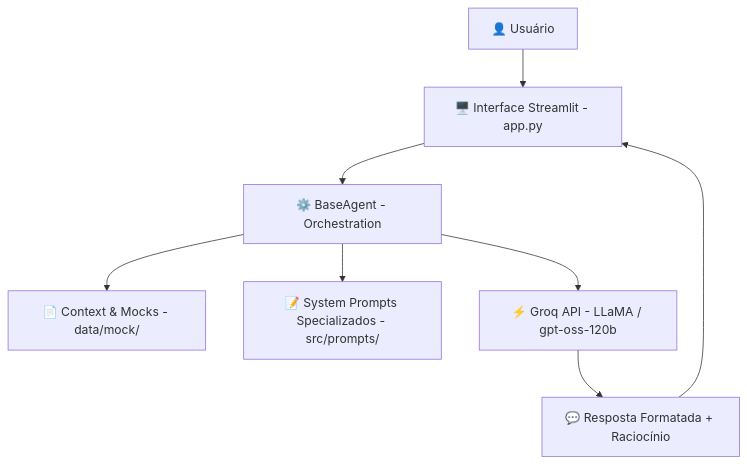
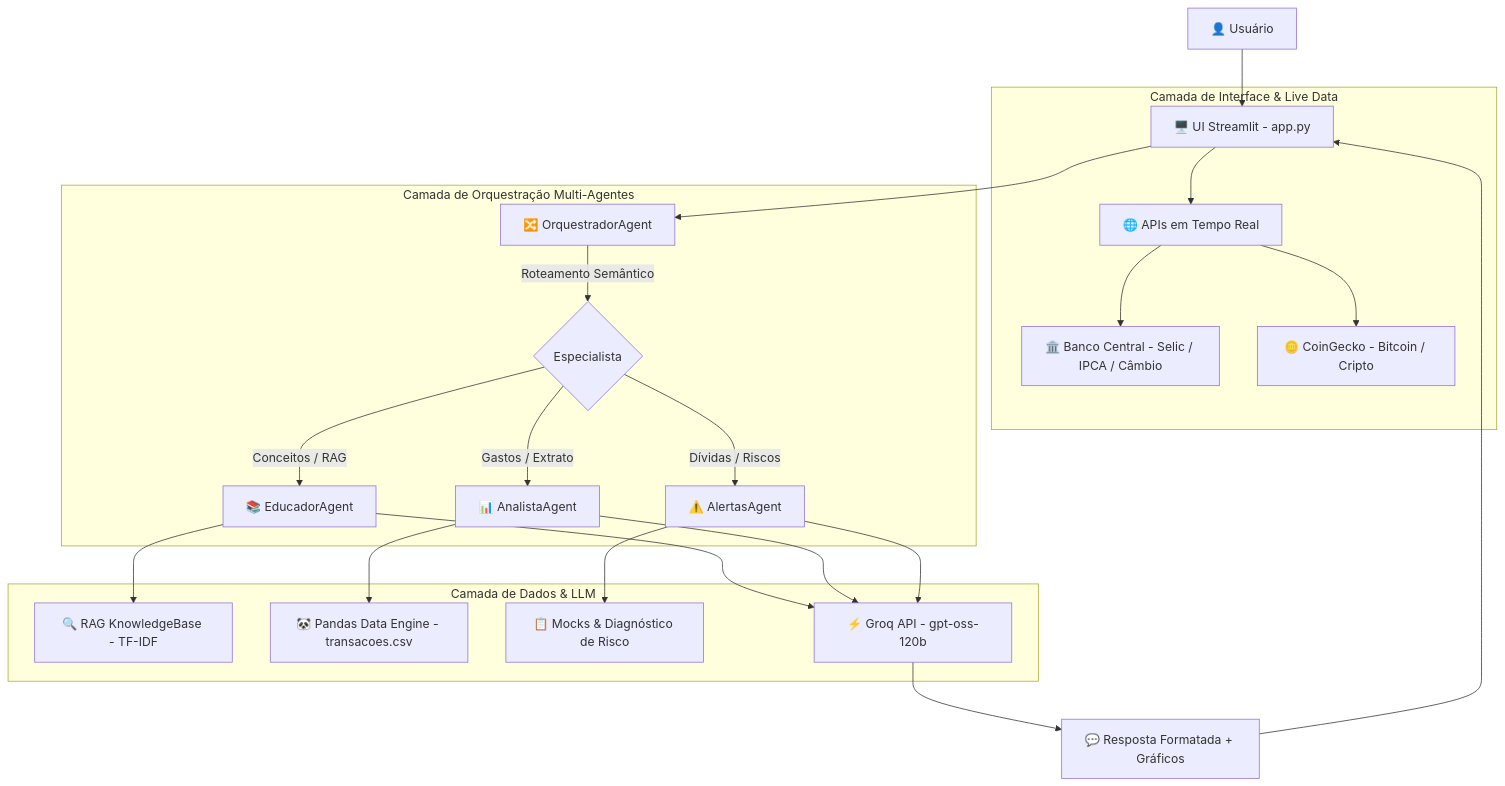
One commit to FlyingHigh520741/rex-agente-financeiro changed the diagram in README.md. Above: the diagram before and after it, drawn with Mermaid. The commit also changed other lines of this file and 10 other files, not shown here.

Commit message:
feat: complete multi-agent architecture with RAG, live economic APIs, and financial analysis

````diff
--- a/README.md
+++ b/README.md
@@ -23,10 +33,30 @@
 ```mermaid
 flowchart TD
-    A[👤 Usuário] --> B[🖥️ Interface Streamlit - app.py]
-    B --> C[⚙️ BaseAgent - Orchestration]
-    C --> D[📄 Context & Mocks - data/mock/]
-    C --> E[📝 System Prompts Specializados - src/prompts/]
-    C --> F[⚡ Groq API - LLaMA / gpt-oss-120b]
-    F --> G[💬 Resposta Formatada + Raciocínio]
-    G --> B
+    A[👤 Usuário] --> B[🖥️ UI Streamlit - app.py]
+    
+    subgraph "Camada de Interface & Live Data"
+        B --> C[🌐 APIs em Tempo Real]
+        C --> C1[🏛️ Banco Central - Selic / IPCA / Câmbio]
+        C --> C2[🪙 CoinGecko - Bitcoin / Cripto]
+    end
+
+    subgraph "Camada de Orquestração Multi-Agentes"
+        B --> D[🔀 OrquestradorAgent]
+        D -->|Roteamento Semântico| E{Especialista}
+        
+        E -->|Conceitos / RAG| F[📚 EducadorAgent]
+        E -->|Gastos / Extrato| G[📊 AnalistaAgent]
+        E -->|Dívidas / Riscos| H[⚠️ AlertasAgent]
+    end
+
+    subgraph "Camada de Dados & LLM"
+        F --> I[🔍 RAG KnowledgeBase - TF-IDF]
+        G --> J[🐼 Pandas Data Engine - transacoes.csv]
+        H --> K[📋 Mocks & Diagnóstico de Risco]
+        
+        F & G & H --> L[⚡ Groq API - gpt-oss-120b]
+    end
+
+    L --> M[💬 Resposta Formatada + Gráficos]
+    M --> B
 ```
````
